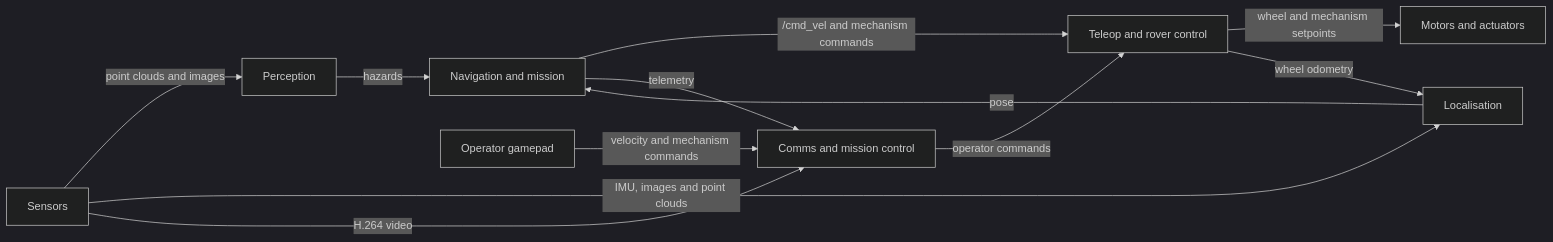
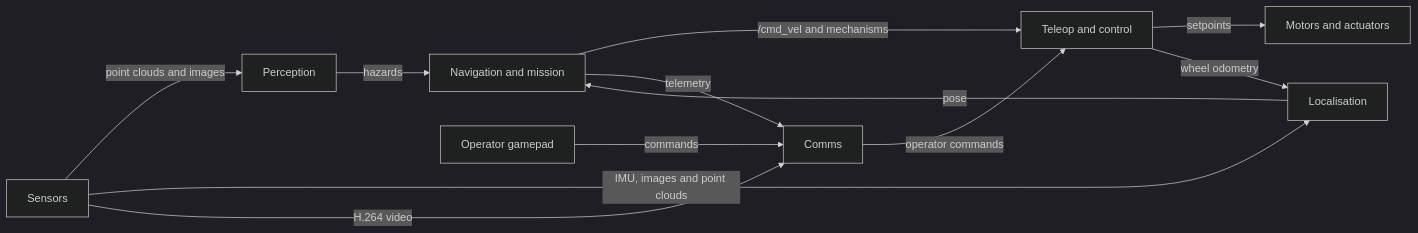
Before and after one commit to InnovaRobotics/innex-1: the second of 2 diagrams in docs/system-design.md, drawn with Mermaid (dark theme). The commit also changed other lines of this file and 8 other files, not shown here.

````diff
--- a/docs/system-design.md
+++ b/docs/system-design.md
@@ -57,14 +57,14 @@
 ```mermaid
 flowchart LR
     sensors["Sensors"] -->|point clouds and images| perception["Perception"]
     sensors -->|IMU, images and point clouds| localisation["Localisation"]
     perception -->|hazards| nav["Navigation and mission"]
     localisation -->|pose| nav
-    nav -->|"/cmd_vel and mechanism commands"| control["Teleop and rover control"]
-    gamepad["Operator gamepad"] -->|velocity and mechanism commands| comms["Comms and mission control"]
-    control -->|wheel and mechanism setpoints| rover["Motors and actuators"]
+    nav -->|"/cmd_vel and mechanisms"| control["Teleop and control"]
+    gamepad["Operator gamepad"] -->|commands| comms["Comms"]
+    control -->|setpoints| rover["Motors and actuators"]
     comms -->|operator commands| control
     sensors -->|H.264 video| comms
     control -->|wheel odometry| localisation
     nav -->|telemetry| comms
 ```
````
